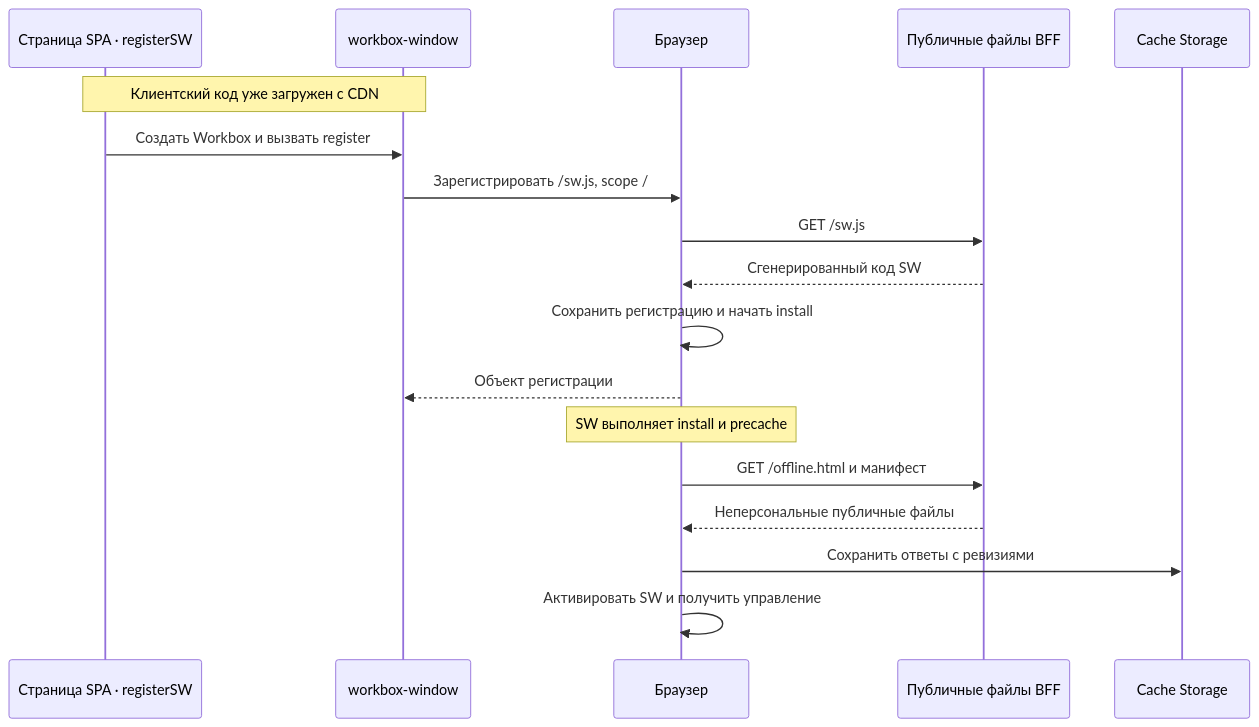
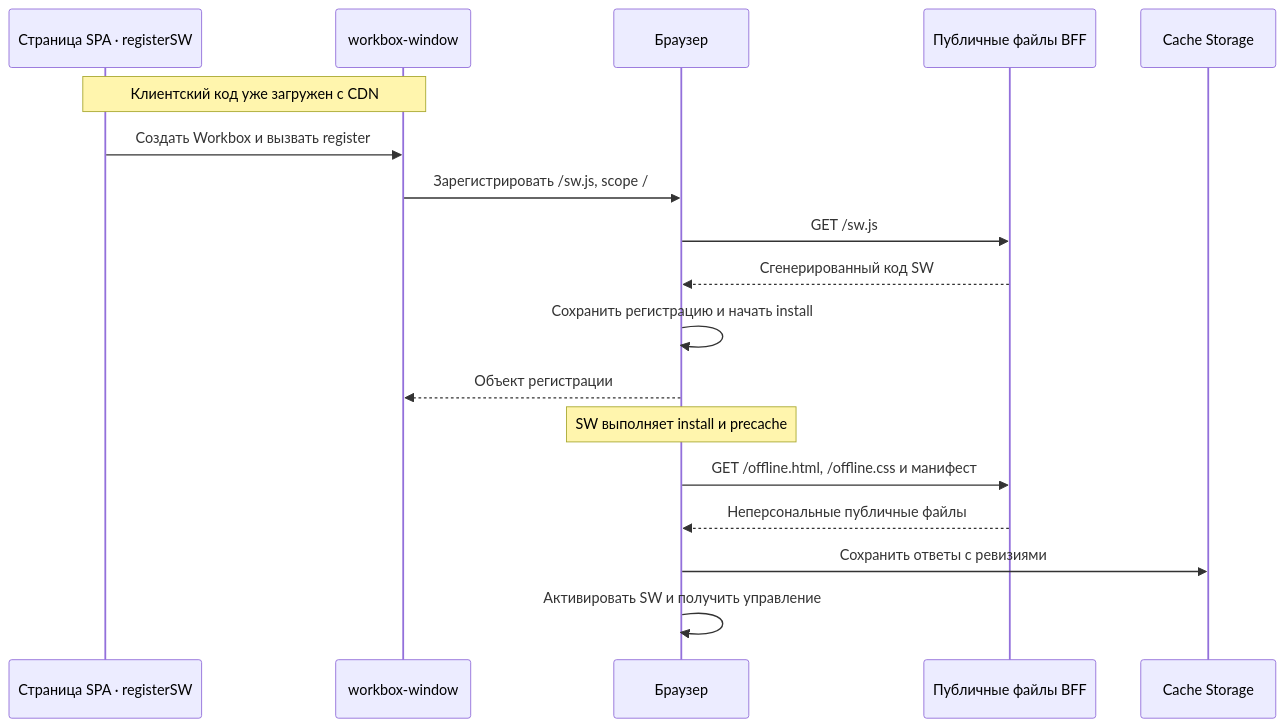
Before and after one commit to Cringe-Driven-Development-Team/docs: the third of 3 diagrams in site/documentation/offline/build-and-registration.md, drawn with Mermaid. The commit also changed other lines of this file and 9 other files, not shown here.

````diff
--- a/site/documentation/offline/build-and-registration.md
+++ b/site/documentation/offline/build-and-registration.md
@@ -192,21 +197,21 @@
 ```mermaid
 %% Sequence: регистрация и последующий install/precache — отдельные стадии.
 sequenceDiagram
   participant Page as Страница SPA · registerSW
   participant Helper as workbox-window
   participant Browser as Браузер
   participant Public as Публичные файлы BFF
   participant Cache as Cache Storage
   Note over Page,Helper: Клиентский код уже загружен с CDN
   Page->>Helper: Создать Workbox и вызвать register
   Helper->>Browser: Зарегистрировать /sw.js, scope /
   Browser->>Public: GET /sw.js
   Public-->>Browser: Сгенерированный код SW
   Browser->>Browser: Сохранить регистрацию и начать install
   Browser-->>Helper: Объект регистрации
   Note over Browser: SW выполняет install и precache
-  Browser->>Public: GET /offline.html и манифест
+  Browser->>Public: GET /offline.html, /offline.css и манифест
   Public-->>Browser: Неперсональные публичные файлы
   Browser->>Cache: Сохранить ответы с ревизиями
   Browser->>Browser: Активировать SW и получить управление
 ```
````
